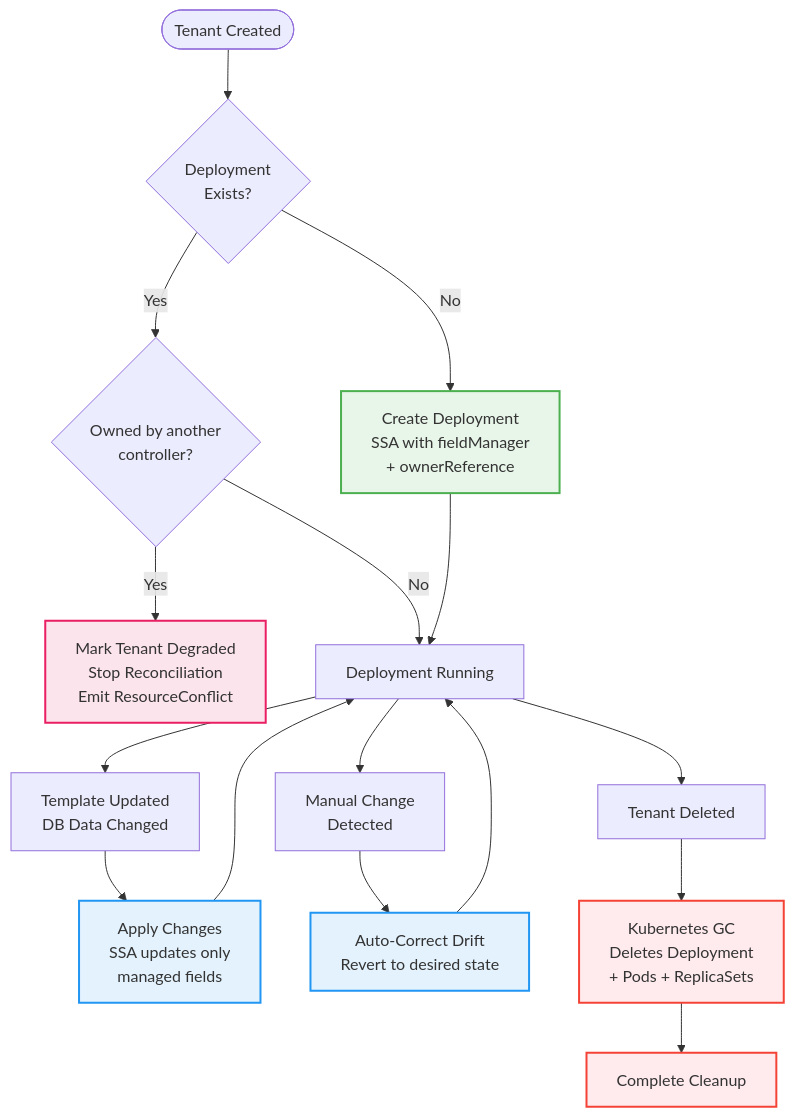
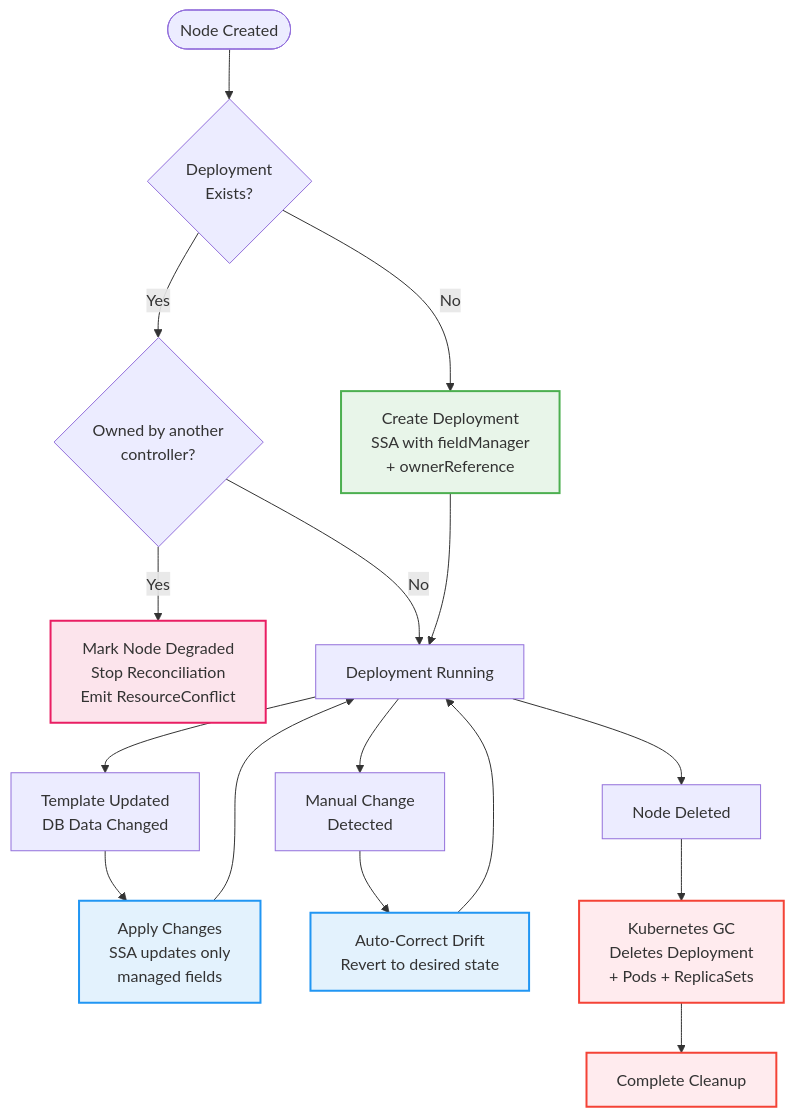
Before and after one commit to kubernetes-tenants/tenant-operator: the fourth of 7 diagrams in docs/policies-examples.md, drawn with Mermaid. The commit also changed other lines of this file and 203 other files, not shown here.

````diff
--- a/docs/policies-examples.md
+++ b/docs/policies-examples.md
@@ -290,46 +290,46 @@
 ```mermaid
 flowchart TD
-    Start([Tenant Created])
+    Start([Node Created])
     CheckExists{Deployment<br/>Exists?}
     CheckConflict{Owned by another<br/>controller?}
-    MarkDegraded[Mark Tenant Degraded<br/>Stop Reconciliation<br/>Emit ResourceConflict]
+    MarkDegraded[Mark Node Degraded<br/>Stop Reconciliation<br/>Emit ResourceConflict]
     CreateDeploy[Create Deployment<br/>SSA with fieldManager<br/>+ ownerReference]
     DeployRunning[Deployment Running]
     TemplateChange[Template Updated<br/>DB Data Changed]
     ApplyUpdate[Apply Changes<br/>SSA updates only<br/>managed fields]
     DriftDetect[Manual Change<br/>Detected]
     AutoCorrect[Auto-Correct Drift<br/>Revert to desired state]
-    TenantDelete[Tenant Deleted]
+    NodeDelete[Node Deleted]
     AutoDelete[Kubernetes GC<br/>Deletes Deployment<br/>+ Pods + ReplicaSets]
     Cleanup[Complete Cleanup]
 
     Start --> CheckExists
     CheckExists -->|No| CreateDeploy
     CheckExists -->|Yes| CheckConflict
 
     CheckConflict -->|Yes| MarkDegraded
     CheckConflict -->|No| DeployRunning
 
     CreateDeploy --> DeployRunning
     DeployRunning --> TemplateChange
     TemplateChange --> ApplyUpdate
     ApplyUpdate --> DeployRunning
 
     DeployRunning --> DriftDetect
     DriftDetect --> AutoCorrect
     AutoCorrect --> DeployRunning
 
-    DeployRunning --> TenantDelete
-    TenantDelete --> AutoDelete
+    DeployRunning --> NodeDelete
+    NodeDelete --> AutoDelete
     AutoDelete --> Cleanup
 
     classDef createStyle fill:#e8f5e9,stroke:#4caf50,stroke-width:2px;
     classDef updateStyle fill:#e3f2fd,stroke:#2196f3,stroke-width:2px;
     classDef deleteStyle fill:#ffebee,stroke:#f44336,stroke-width:2px;
     classDef errorStyle fill:#fce4ec,stroke:#e91e63,stroke-width:2px;
 
     class CreateDeploy createStyle;
     class ApplyUpdate,AutoCorrect updateStyle;
     class AutoDelete,Cleanup deleteStyle;
     class MarkDegraded errorStyle;
 ```
````
